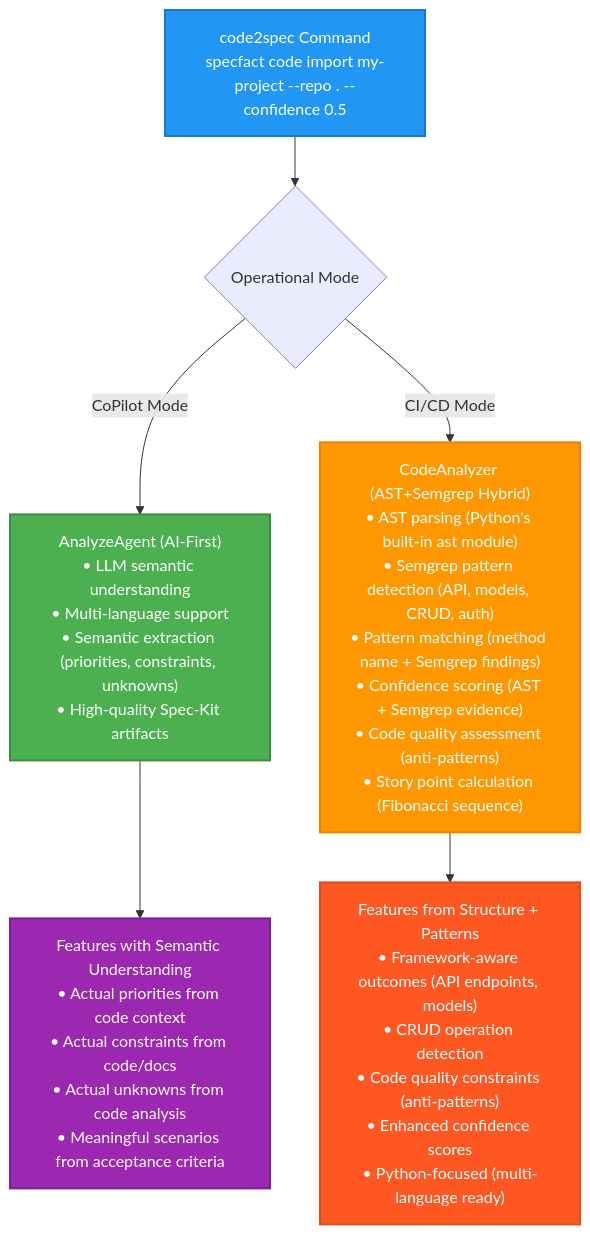
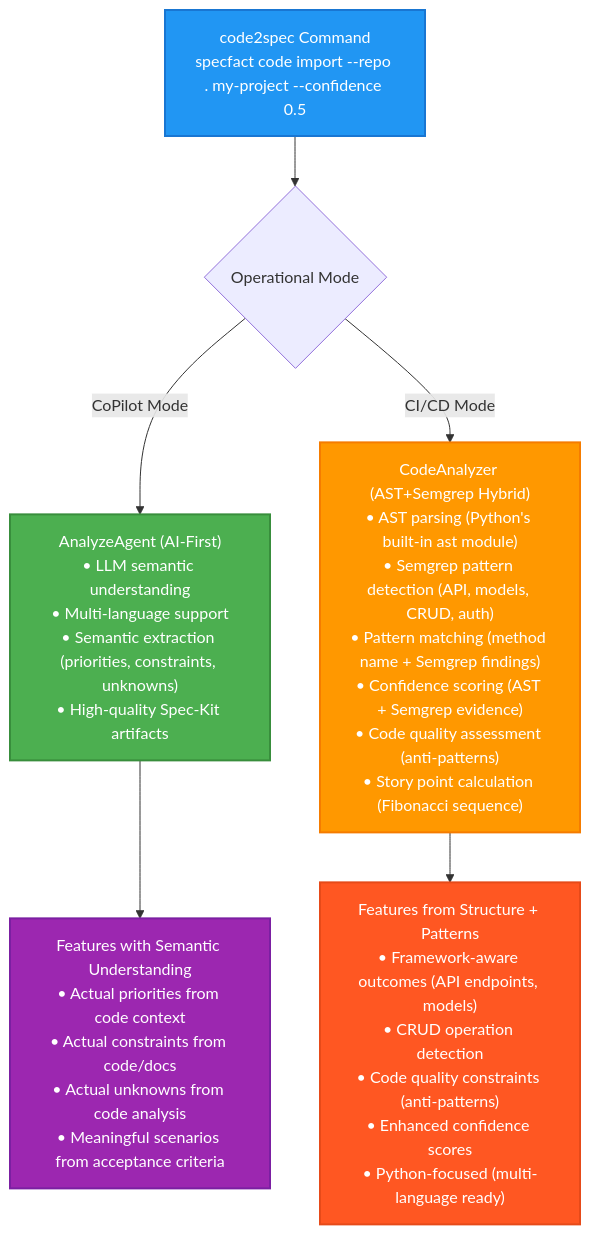
The diagram in docs/technical/code2spec-analysis-logic.md (nold-ai/specfact-cli), drawn with Mermaid before and after one commit. The commit also changed 89 other files, not shown here.

````diff
--- a/docs/technical/code2spec-analysis-logic.md
+++ b/docs/technical/code2spec-analysis-logic.md
@@ -73,18 +73,18 @@
 ```mermaid
 flowchart TD
-    A["code2spec Command<br/>specfact code import my-project --repo . --confidence 0.5"] --> B{Operational Mode}
+    A["code2spec Command<br/>specfact code import --repo . my-project --confidence 0.5"] --> B{Operational Mode}
     
     B -->|CoPilot Mode| C["AnalyzeAgent (AI-First)<br/>• LLM semantic understanding<br/>• Multi-language support<br/>• Semantic extraction (priorities, constraints, unknowns)<br/>• High-quality Spec-Kit artifacts"]
     
     B -->|CI/CD Mode| D["CodeAnalyzer (AST+Semgrep Hybrid)<br/>• AST parsing (Python's built-in ast module)<br/>• Semgrep pattern detection (API, models, CRUD, auth)<br/>• Pattern matching (method name + Semgrep findings)<br/>• Confidence scoring (AST + Semgrep evidence)<br/>• Code quality assessment (anti-patterns)<br/>• Story point calculation (Fibonacci sequence)"]
     
     C --> E["Features with Semantic Understanding<br/>• Actual priorities from code context<br/>• Actual constraints from code/docs<br/>• Actual unknowns from code analysis<br/>• Meaningful scenarios from acceptance criteria"]
     
     D --> F["Features from Structure + Patterns<br/>• Framework-aware outcomes (API endpoints, models)<br/>• CRUD operation detection<br/>• Code quality constraints (anti-patterns)<br/>• Enhanced confidence scores<br/>• Python-focused (multi-language ready)"]
     
     style A fill:#2196F3,stroke:#1976D2,stroke-width:2px,color:#fff
     style C fill:#4CAF50,stroke:#388E3C,stroke-width:2px,color:#fff
     style D fill:#FF9800,stroke:#F57C00,stroke-width:2px,color:#fff
     style E fill:#9C27B0,stroke:#7B1FA2,stroke-width:2px,color:#fff
     style F fill:#FF5722,stroke:#E64A19,stroke-width:2px,color:#fff
 ```
````
